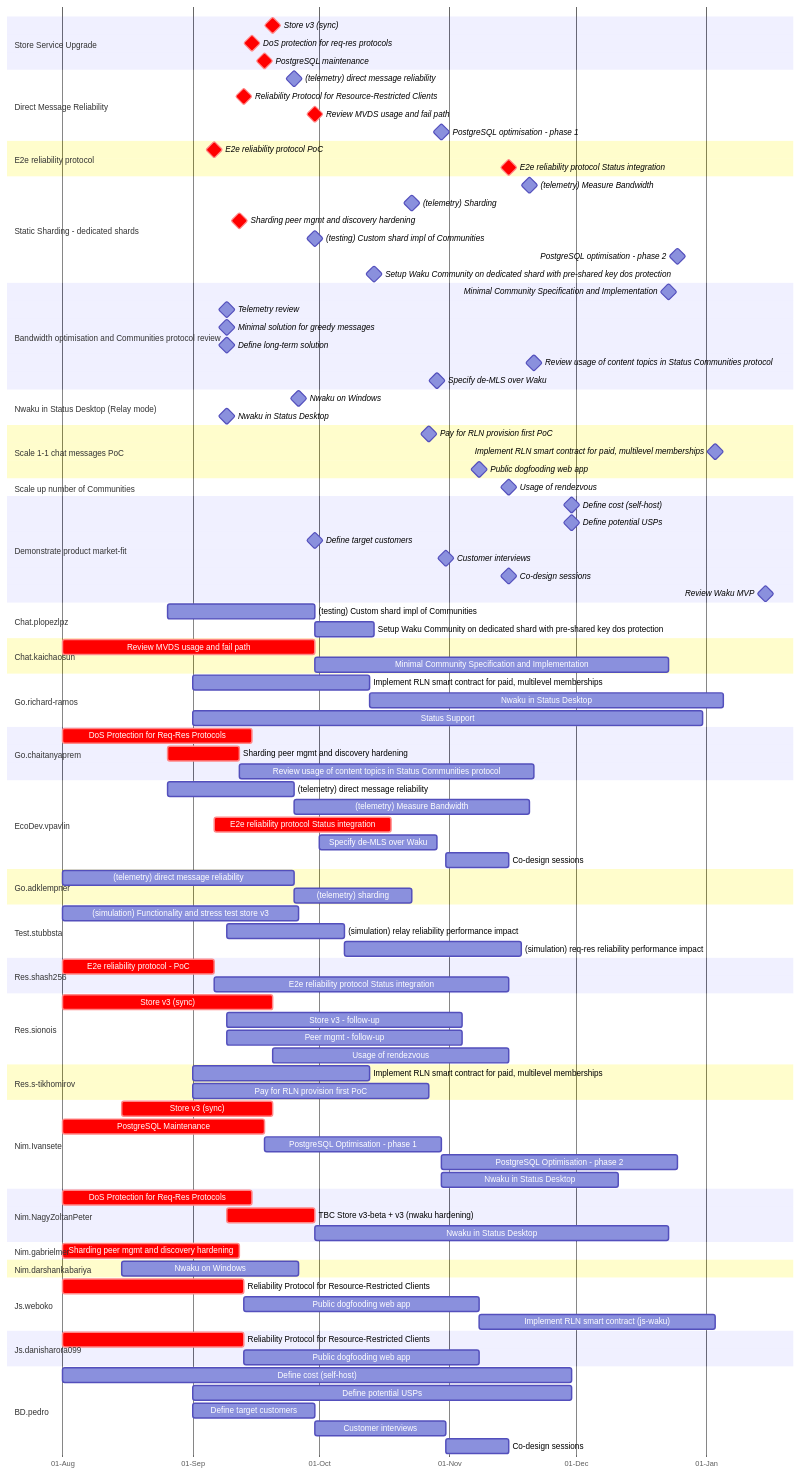
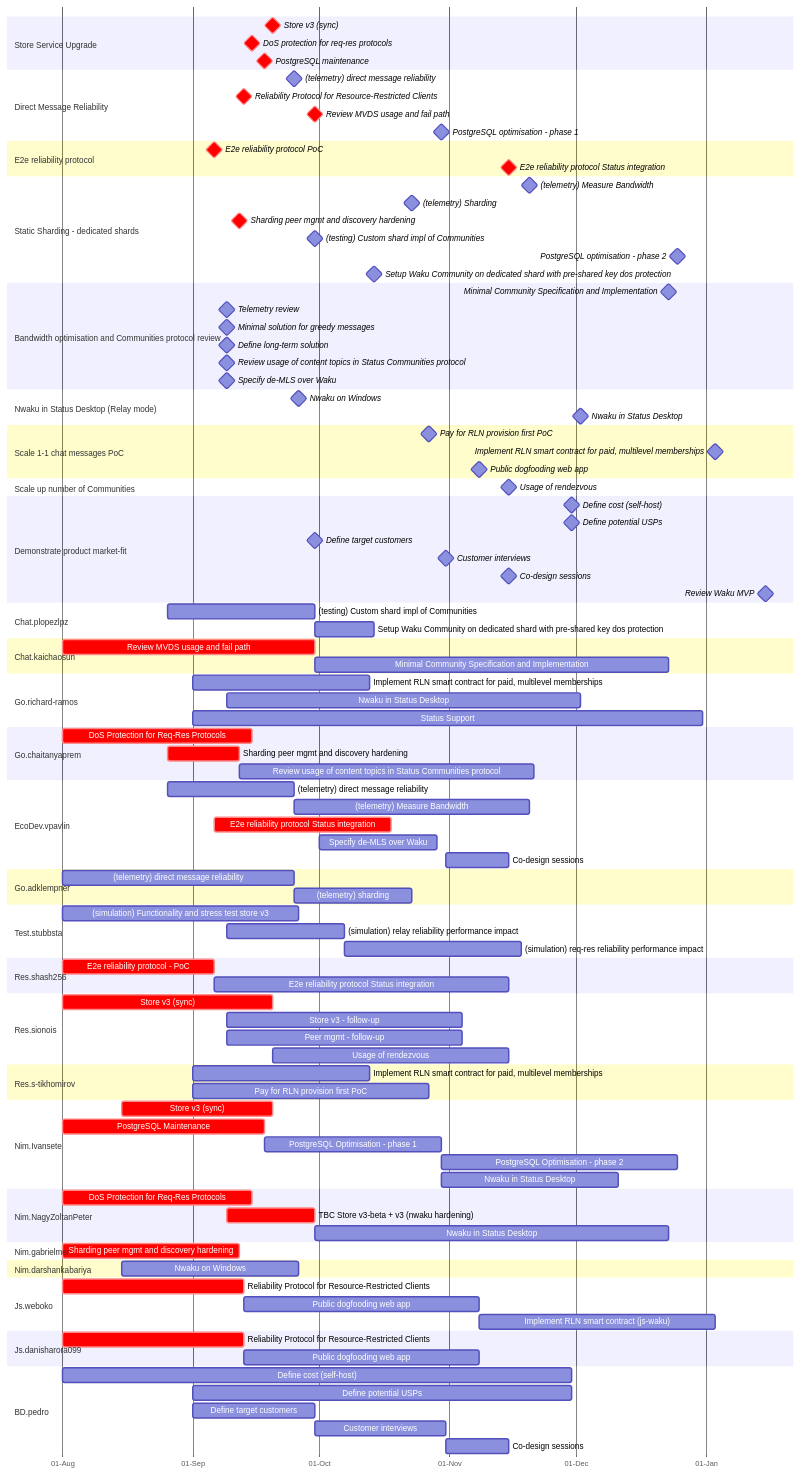
One commit to logos-co/roadmap changed the diagram in content/waku/2024-gantt.md. Above: the diagram before and after it, drawn with Mermaid.

Commit message:
Tidy up names

````diff
--- a/content/waku/2024-gantt.md
+++ b/content/waku/2024-gantt.md
@@ -22,128 +22,140 @@
     axisFormat %d-%b
     weekday monday
     
+%% Team legend:
+%% task name: team (accountable person)
+%% - r-*: research (jm-clius)
+%% - t-*: telemetry (fryorcraken)
+%% - n-*: nwaku (ivansete)
+%% - j-*: js-waku (weboko)
+%% - c-*: chat (plopezlpz)
+%% - g-*: go-waku (fryorcraken)
+%% - bd-*: BD (pedro)
+%% - se-*: Solution Engineer (vpavlin)
+    
 %% Milestones overview with deliverables
     section Store Service Upgrade
-        Store v3 (sync): crit, milestone, after storev3sync-r storev3sync-n, 0
-        DoS protection for req-res protocols: crit, milestone, after dosreqres-n dosreqres-g, 0
-        PostgreSQL maintenance: crit, milestone, after pgsql-m, 0
+        Store v3 (sync): crit, milestone, after r-storev3sync n-storev3sync, 0
+        DoS protection for req-res protocols: crit, milestone, after n-dosreqres g-dosreqres, 0
+        PostgreSQL maintenance: crit, milestone, after n-pgsql-m, 0
     section Direct Message Reliability
-        (telemetry) direct message reliability: milestone, after telem-d-msg-rel-1 telem-d-msg-rel-2, 0
-        Reliability Protocol for Resource-Restricted Clients: crit, milestone, after rel-reqres-j-1 rel-reqres-j-2, 0
-        Review MVDS usage and fail path: crit, milestone, after mvds, 0
-        PostgreSQL optimisation - phase 1: milestone, after pgsql-opt-1, 0
+        (telemetry) direct message reliability: milestone, after t-d-msg-rel-1 t-d-msg-rel-2, 0
+        Reliability Protocol for Resource-Restricted Clients: crit, milestone, after j-rel-reqres-1 j-rel-reqres-2, 0
+        Review MVDS usage and fail path: crit, milestone, after c-mvds, 0
+        PostgreSQL optimisation - phase 1: milestone, after n-pgsql-opt-1, 0
     section E2e reliability protocol
-        E2e reliability protocol PoC: milestone, crit, after e2e-rel-r, 0
-        E2e reliability protocol Status integration: milestone, crit, after e2e-rel-status-r e2e-rel-status-g, 0
+        E2e reliability protocol PoC: milestone, crit, after r-e2e-rel, 0
+        E2e reliability protocol Status integration: milestone, crit, after r-e2e-rel-status c-e2e-rel-status, 0
     section Static Sharding - dedicated shards
-        (telemetry) Measure Bandwidth: milestone, after telem-bandwidth, 0
-        (telemetry) Sharding: milestone, after telem-shard, 0
-        Sharding peer mgmt and discovery hardening: crit, milestone, after sh-peer-mgmt-n sh-peer-mgmt-g, 0
-        (testing) Custom shard impl of Communities: milestone, after test-custom-shard, 0
-        PostgreSQL optimisation - phase 2: milestone, after pgsql-opt-2, 0
+        (telemetry) Measure Bandwidth: milestone, after t-bandwidth, 0
+        (telemetry) Sharding: milestone, after t-sharding, 0
+        Sharding peer mgmt and discovery hardening: crit, milestone, after n-shard-peer-mgmt g-shard-peer-mgmt, 0
+        (testing) Custom shard impl of Communities: milestone, after c-test-custom-shard, 0
+        PostgreSQL optimisation - phase 2: milestone, after n-pgsql-opt-2, 0
         Setup Waku Community on dedicated shard with pre-shared key dos protection: milestone, after waku-com, 0
     section Bandwidth optimisation and Communities protocol review
-        Minimal Community Specification and Implementation: milestone, after min-com-spec, 0
+        %% For now same person scheduled to do both research and implementation
+        Minimal Community Specification and Implementation: milestone, after r-min-com-spec c-min-com-spec, 0
         %% TODO: schedule
-        Telemetry review: milestone, after telem-review, 0
-        Minimal solution for greedy messages: milestone, after min-sol-com, 0
-        Define long-term solution: milestone, after define-com-sol, 0
-        Review usage of content topics in Status Communities protocol: milestone, after cont-topic-r, 0
-        Specify de-MLS over Waku: milestone, after demls-spec, 0
+        Telemetry review: milestone, after r-telem-review, 0
+        Minimal solution for greedy messages: milestone, after r-min-sol-com, 0
+        Define long-term solution: milestone, after r-define-com-sol, 0
+        Review usage of content topics in Status Communities protocol: milestone, after r-cont-topic, 0
+        Specify de-MLS over Waku: milestone, after r-demls-spec, 0
     section Nwaku in Status Desktop (Relay mode)
-        Nwaku on Windows: milestone, after nwaku-windows-n, 0
-        Nwaku in Status Desktop: milestone, after nwaku-status-desktop, 0
+        Nwaku on Windows: milestone, after n-nwaku-windows, 0
+        Nwaku in Status Desktop: milestone, after n-nwaku-status-desktop, 0
     section Scale 1-1 chat messages PoC
-        Pay for RLN provision first PoC: milestone, after rlnaas-r, 0
-        Implement RLN smart contract for paid, multilevel memberships: milestone, after rln-sc-r rln-sc rln-sc-j, 0
-        Public dogfooding web app: milestone, after pub-dogfood-web-app-1 pub-dogfood-web-app-2, 0
+        Pay for RLN provision first PoC: milestone, after r-rlnaas, 0
+        Implement RLN smart contract for paid, multilevel memberships: milestone, after r-rln-sc n-rln-sc j-rln-sc, 0
+        Public dogfooding web app: milestone, after j-pub-dogfood-web-app-1 j-pub-dogfood-web-app-2, 0
     section Scale up number of Communities
-        Usage of rendezvous: milestone, after rendezvous-r, 0
+        Usage of rendezvous: milestone, after r-rendezvous, 0
     section Demonstrate product market-fit
-        Define cost (self-host): milestone, after define-cost, 0
-        Define potential USPs: milestone, after define-usps, 0
-        Define target customers: milestone, after define-custs, 0
+        Define cost (self-host): milestone, after bd-define-cost, 0
+        Define potential USPs: milestone, after bd-define-usps, 0
+        Define target customers: milestone, after bd-define-custs, 0
         Customer interviews: milestone, after cust-int, 0
-        Co-design sessions: milestone, after codesign-bd codesign-se, 0
+        Co-design sessions: milestone, after bd-codesign se-codesign, 0
         Review Waku MVP: milestone, 2025-01-15, 0
 
 %% Tasks
     section Chat.plopezlpz
-        (testing) Custom shard impl of Communities: test-custom-shard, 2024-08-26, 2024-09-30
-        Setup Waku Community on dedicated shard with pre-shared key dos protection: waku-com, after test-custom-shard, 2w
+        (testing) Custom shard impl of Communities: c-test-custom-shard, 2024-08-26, 2024-09-30
+        Setup Waku Community on dedicated shard with pre-shared key dos protection: waku-com, after c-test-custom-shard, 2w
     section Chat.kaichaosun
-        Review MVDS usage and fail path: crit, mvds, 2024-08-01, 2024-09-30
-        Minimal Community Specification and Implementation: min-com-spec, after mvds, 12w
+        Review MVDS usage and fail path: crit, c-mvds, 2024-08-01, 2024-09-30
+        Minimal Community Specification and Implementation: r-min-com-spec, after c-mvds, 12w
     section Go.richard-ramos
-        Implement RLN smart contract for paid, multilevel memberships: rln-sc, 2024-09-01, 6w
+        Implement RLN smart contract for paid, multilevel memberships: r-rln-sc, 2024-09-01, 6w
         %% TODO: Estimate
-        Nwaku in Status Desktop: nwaku-status-desktop-g, after rln-sc-d, 12w
+        Nwaku in Status Desktop: n-nwaku-status-desktop, after n-rln-sc, 12w
         Status Support: status-support-rr, 2024-09-01, 2024-12-31
     section Go.chaitanyaprem
-        DoS Protection for Req-Res Protocols: crit, dosreqres-g, 2024-08-01, 2024-09-15
-        Sharding peer mgmt and discovery hardening: crit, sh-peer-mgmt-g, 2024-08-26, 2024-09-12
-        Review usage of content topics in Status Communities protocol: cont-topic-r, after sh-peer-mgmt-g, 10w
+        DoS Protection for Req-Res Protocols: crit, g-dosreqres, 2024-08-01, 2024-09-15
+        Sharding peer mgmt and discovery hardening: crit, g-shard-peer-mgmt, 2024-08-26, 2024-09-12
+        Review usage of content topics in Status Communities protocol: cont-topic-r, after g-shard-peer-mgmt, 10w
     section EcoDev.vpavlin
-        (telemetry) direct message reliability: telem-d-msg-rel-1, 2024-08-26, 2024-09-25
-        (telemetry) Measure Bandwidth: telem-bandwidth, after telem-d-msg-rel-1, 8w
+        (telemetry) direct message reliability: t-d-msg-rel-1, 2024-08-26, 2024-09-25
+        (telemetry) Measure Bandwidth: t-bandwidth, after t-d-msg-rel-1, 8w
         %% TODO: do bandwidth telemetry?
-        E2e reliability protocol Status integration: crit, e2e-rel-status-g, after e2e-rel-r, 6w
+        E2e reliability protocol Status integration: crit, c-e2e-rel-status, after r-e2e-rel, 6w
         %% TODO: fit that properly
         Specify de-MLS over Waku: demls-spec, 2024-10-01, 4w
-        Co-design sessions: codesign-bd, after cust-int, 2024-11-15
+        Co-design sessions: bd-codesign, after cust-int, 2024-11-15
     section Go.adklempner
-        (telemetry) direct message reliability: telem-d-msg-rel-2, 2024-08-01, 2024-09-25
-        (telemetry) sharding: telem-shard, after telem-d-msg-rel-2, 4w
+        (telemetry) direct message reliability: t-d-msg-rel-2, 2024-08-01, 2024-09-25
+        (telemetry) sharding: t-sharding, after t-d-msg-rel-2, 4w
     section Test.stubbsta
         %% TODO Review estimate
         (simulation) Functionality and stress test store v3: sim-storev3, 2024-08-01, 8w
         (simulation) relay reliability performance impact: sim-relay-rel, after sim-store-cmp sim-req-res, 4w
         (simulation) req-res reliability performance impact: sim-reqres-rel, after sim-relay-rel, 6w
     section Res.shash256
-        E2e reliability protocol - PoC: crit, e2e-rel-r, 2024-08-01, 2024-09-06
-        E2e reliability protocol Status integration: e2e-rel-status-r, after e2e-rel-r, 10w 
+        E2e reliability protocol - PoC: crit, r-e2e-rel, 2024-08-01, 2024-09-06
+        E2e reliability protocol Status integration: r-e2e-rel-status, after r-e2e-rel, 10w 
     section Res.sionois
         %% Only dogfooding remaining
-        Store v3 (sync): crit, storev3sync-r, 2024-08-01, 2024-09-20
+        Store v3 (sync): crit, r-storev3sync, 2024-08-01, 2024-09-20
         Store v3 - follow-up: after storev3-r, 8w
         Peer mgmt - follow-up: after storev3-r, 8w
-        Usage of rendezvous: rendezvous-r, after storev3sync-r, 8w
+        Usage of rendezvous: r-rendezvous, after r-storev3sync, 8w
     section Res.alrevuelta
     section Res.s-tikhomirov
         Implement RLN smart contract for paid, multilevel memberships: rln-sc-d, 2024-09-01, 6w
         %% TODO Estimate
-        Pay for RLN provision first PoC: rlnaas-r, 2024-09-01, 8w
+        Pay for RLN provision first PoC: r-rlnaas, 2024-09-01, 8w
     section Nim.Ivansete
-        Store v3 (sync): crit, storev3sync-n, 2024-08-15, 2024-09-20
-        PostgreSQL Maintenance: crit, pgsql-m, 2024-08-01, 2024-09-18
+        Store v3 (sync): crit, n-storev3sync, 2024-08-15, 2024-09-20
+        PostgreSQL Maintenance: crit, n-pgsql-m, 2024-08-01, 2024-09-18
         %% TODO review date/estimate
-        PostgreSQL Optimisation - phase 1: pgsql-opt-1, after pgsql-m, 6w
-        PostgreSQL Optimisation - phase 2: pgsql-opt-2, after pgsql-opt-1, 8w
+        PostgreSQL Optimisation - phase 1: n-pgsql-opt-1, after n-pgsql-m, 6w
+        PostgreSQL Optimisation - phase 2: n-pgsql-opt-2, after n-pgsql-opt-1, 8w
         %% TODO: Estimate
-        Nwaku in Status Desktop: nwaku-status-desktop-2, after pgsql-opt-1, 6w
+        Nwaku in Status Desktop: n-nwaku-status-desktop-2, after n-pgsql-opt-1, 6w
     section Nim.NagyZoltanPeter
-        DoS Protection for Req-Res Protocols: crit, dosreqres-n, 2024-08-01, 2024-09-15
+        DoS Protection for Req-Res Protocols: crit, n-dosreqres, 2024-08-01, 2024-09-15
         %% TODO review
         TBC Store v3-beta + v3 (nwaku hardening): crit, storev3-n, after storev3-df dosreqresn, 3w
-        Nwaku in Status Desktop: nwaku-status-desktop-n, after storev3-n, 12w
+        Nwaku in Status Desktop: n-nwaku-status-desktop-n, after storev3-n, 12w
     section Nim.gabrielmer
-        Sharding peer mgmt and discovery hardening: crit, sh-peer-mgmt-n, 2024-08-01, 2024-09-12
+        Sharding peer mgmt and discovery hardening: crit, n-shard-peer-mgmt, 2024-08-01, 2024-09-12
     section Nim.darshankabariya
         %% TODO: review estimate
-        Nwaku on Windows: nwaku-windows-n, 2024-08-15, 6w
+        Nwaku on Windows: n-nwaku-windows, 2024-08-15, 6w
     section Js.weboko
-        Reliability Protocol for Resource-Restricted Clients: crit, rel-reqres-j-1, 2024-08-01, 2024-09-13
+        Reliability Protocol for Resource-Restricted Clients: crit, j-rel-reqres-1, 2024-08-01, 2024-09-13
         %% TODO estimate
-        Public dogfooding web app: pub-dogfood-web-app-1, after rel-reqres-j-1, 8w
-        Implement RLN smart contract (js-waku): rln-sc-j, after pub-dogfood-web-app-1, 8w
+        Public dogfooding web app: j-pub-dogfood-web-app-1, after j-rel-reqres-1, 8w
+        Implement RLN smart contract (js-waku): j-rln-sc, after j-pub-dogfood-web-app-1, 8w
     section Js.danisharora099
-        Reliability Protocol for Resource-Restricted Clients: crit, rel-reqres-j-2, 2024-08-01, 2024-09-13
+        Reliability Protocol for Resource-Restricted Clients: crit, j-rel-reqres-2, 2024-08-01, 2024-09-13
         %% TODO estimate
-        Public dogfooding web app: pub-dogfood-web-app-2, after rel-reqres-j-2, 8w
+        Public dogfooding web app: j-pub-dogfood-web-app-2, after j-rel-reqres-2, 8w
     section BD.pedro
-        Define cost (self-host): define-cost, 2024-08-01, 2024-11-30
-        Define potential USPs: define-usps, 2024-09-01, 2024-11-30
-        Define target customers: define-custs, 2024-09-01, 2024-09-30
-        Customer interviews: cust-int, after define-custs, 2024-10-31
-        Co-design sessions: codesign-bd, after cust-int, 2024-11-15
+        Define cost (self-host): bd-define-cost, 2024-08-01, 2024-11-30
+        Define potential USPs: bd-define-usps, 2024-09-01, 2024-11-30
+        Define target customers: bd-define-custs, 2024-09-01, 2024-09-30
+        Customer interviews: cust-int, after bd-define-custs, 2024-10-31
+        Co-design sessions: bd-codesign, after cust-int, 2024-11-15
 ```
````
